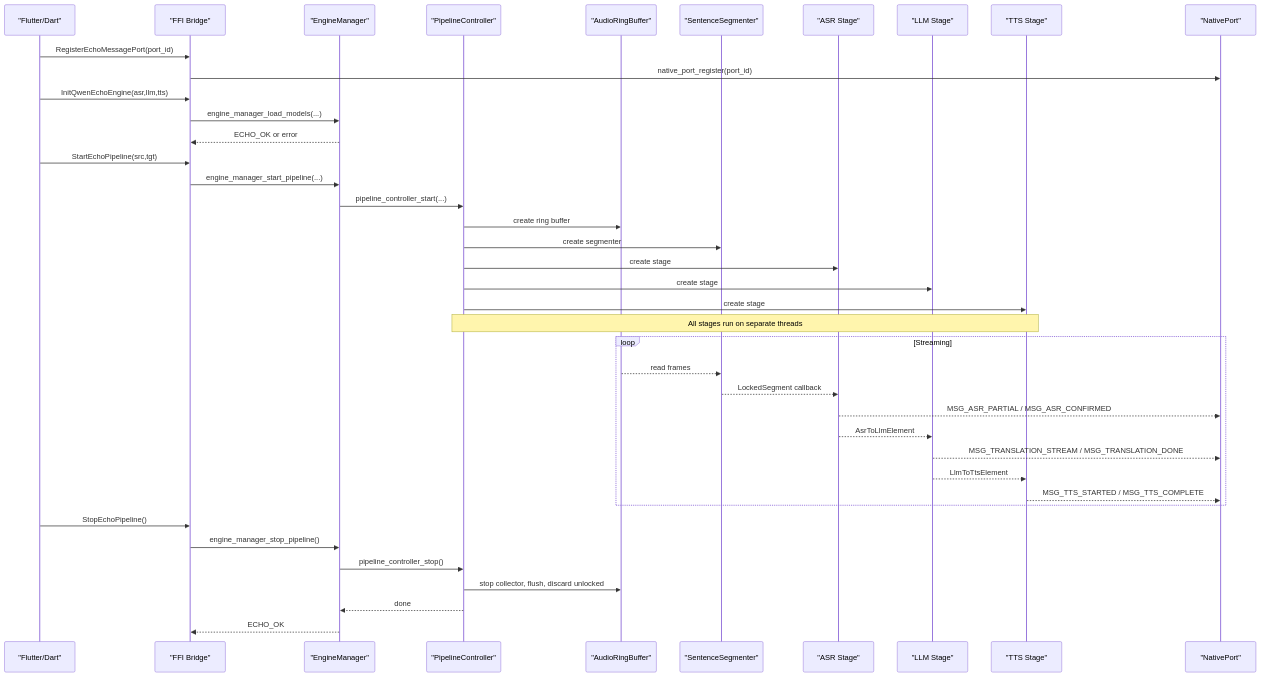
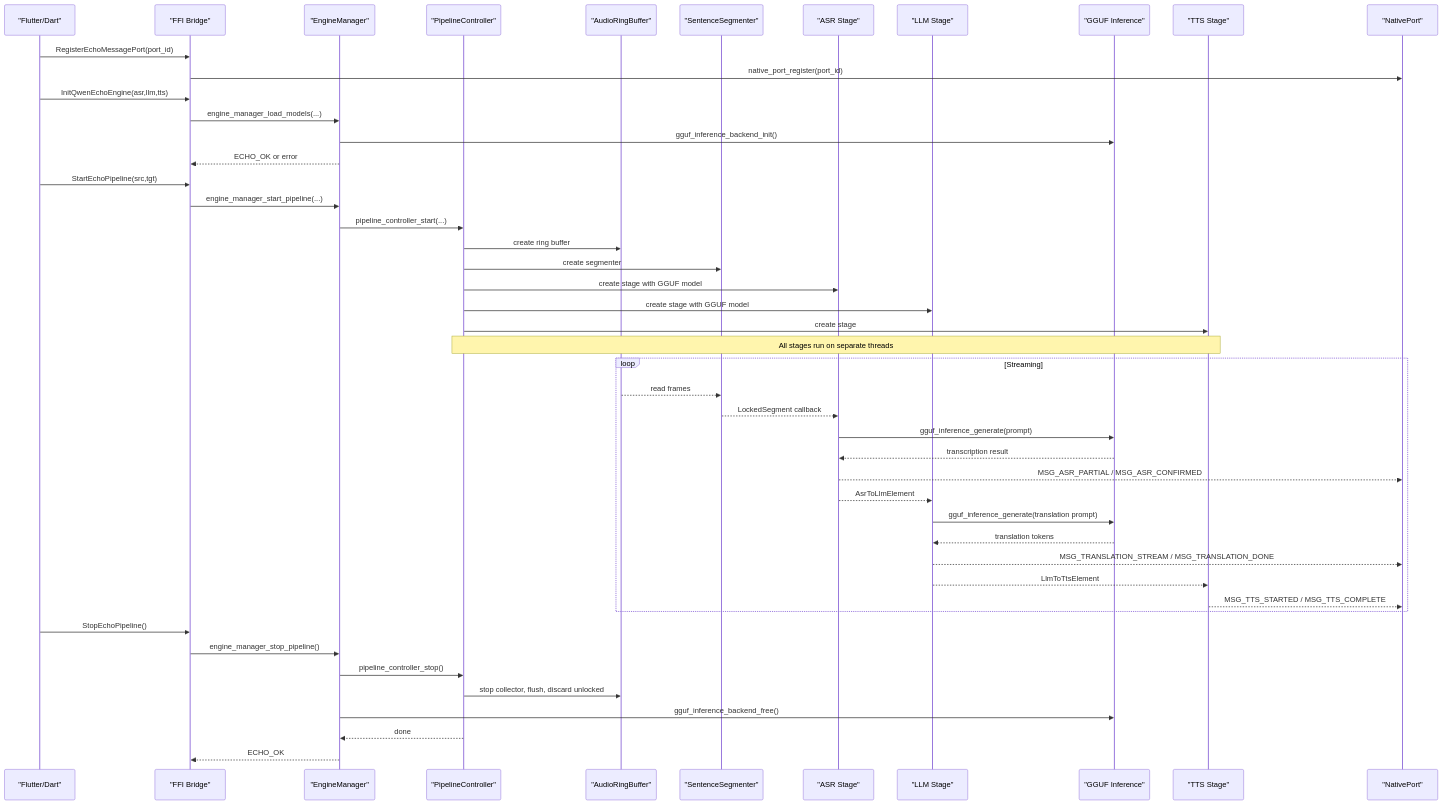
One commit to iMyth/QwenEcho changed the second of 9 diagrams in .qoder/repowiki/en/content/Native Engine Core/Native Engine Core.md. Above: the diagram before and after it, drawn with Mermaid. The commit also changed other lines of this file and 129 other files, not shown here.

````diff
--- a/.qoder/repowiki/en/content/Native Engine Core/Native Engine Core.md
+++ b/.qoder/repowiki/en/content/Native Engine Core/Native Engine Core.md
@@ -146,42 +178,49 @@
 ```mermaid
 sequenceDiagram
 participant Dart as "Flutter/Dart"
 participant FFI as "FFI Bridge"
 participant EM as "EngineManager"
 participant PC as "PipelineController"
 participant RB as "AudioRingBuffer"
 participant SEG as "SentenceSegmenter"
 participant ASR as "ASR Stage"
 participant LLM as "LLM Stage"
+participant GGUF as "GGUF Inference"
 participant TTS as "TTS Stage"
 participant NP as "NativePort"
 Dart->>FFI : RegisterEchoMessagePort(port_id)
 FFI->>NP : native_port_register(port_id)
 Dart->>FFI : InitQwenEchoEngine(asr,llm,tts)
 FFI->>EM : engine_manager_load_models(...)
+EM->>GGUF : gguf_inference_backend_init()
 EM-->>FFI : ECHO_OK or error
 Dart->>FFI : StartEchoPipeline(src,tgt)
 FFI->>EM : engine_manager_start_pipeline(...)
 EM->>PC : pipeline_controller_start(...)
 PC->>RB : create ring buffer
 PC->>SEG : create segmenter
-PC->>ASR : create stage
-PC->>LLM : create stage
+PC->>ASR : create stage with GGUF model
+PC->>LLM : create stage with GGUF model
 PC->>TTS : create stage
 Note over PC,TTS : All stages run on separate threads
 loop Streaming
 RB-->>SEG : read frames
 SEG-->>ASR : LockedSegment callback
+ASR->>GGUF : gguf_inference_generate(prompt)
+GGUF-->>ASR : transcription result
 ASR-->>NP : MSG_ASR_PARTIAL / MSG_ASR_CONFIRMED
 ASR-->>LLM : AsrToLlmElement
+LLM->>GGUF : gguf_inference_generate(translation prompt)
+GGUF-->>LLM : translation tokens
 LLM-->>NP : MSG_TRANSLATION_STREAM / MSG_TRANSLATION_DONE
 LLM-->>TTS : LlmToTtsElement
 TTS-->>NP : MSG_TTS_STARTED / MSG_TTS_COMPLETE
 end
 Dart->>FFI : StopEchoPipeline()
 FFI->>EM : engine_manager_stop_pipeline()
 EM->>PC : pipeline_controller_stop()
 PC->>RB : stop collector, flush, discard unlocked
+EM->>GGUF : gguf_inference_backend_free()
 PC-->>EM : done
 EM-->>FFI : ECHO_OK
 ```
````
